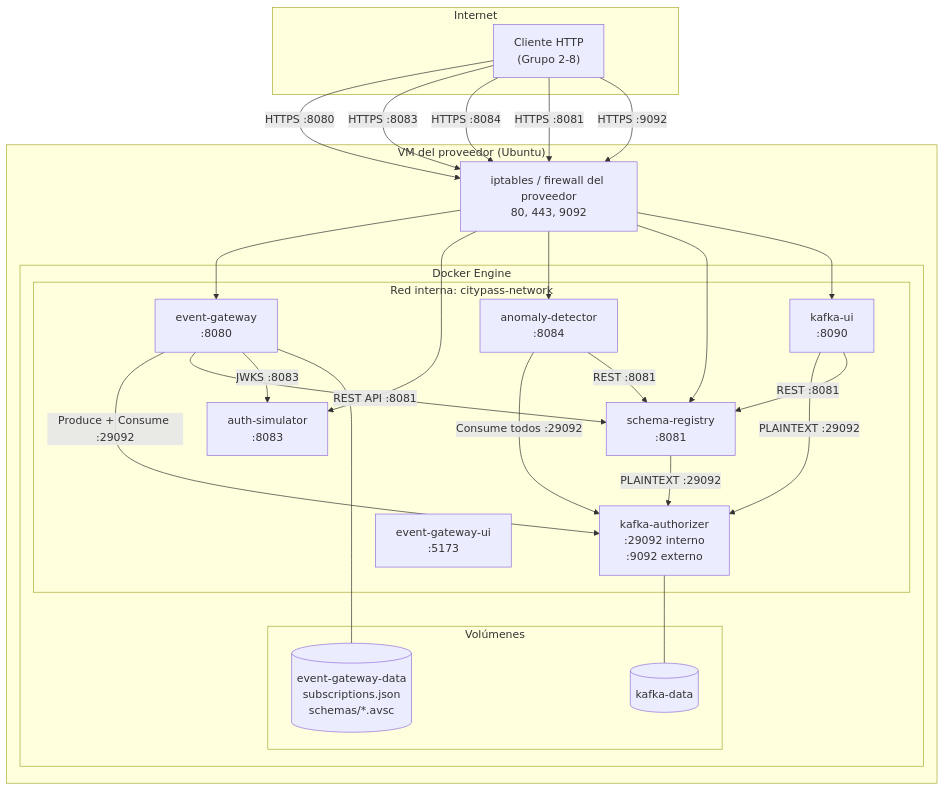
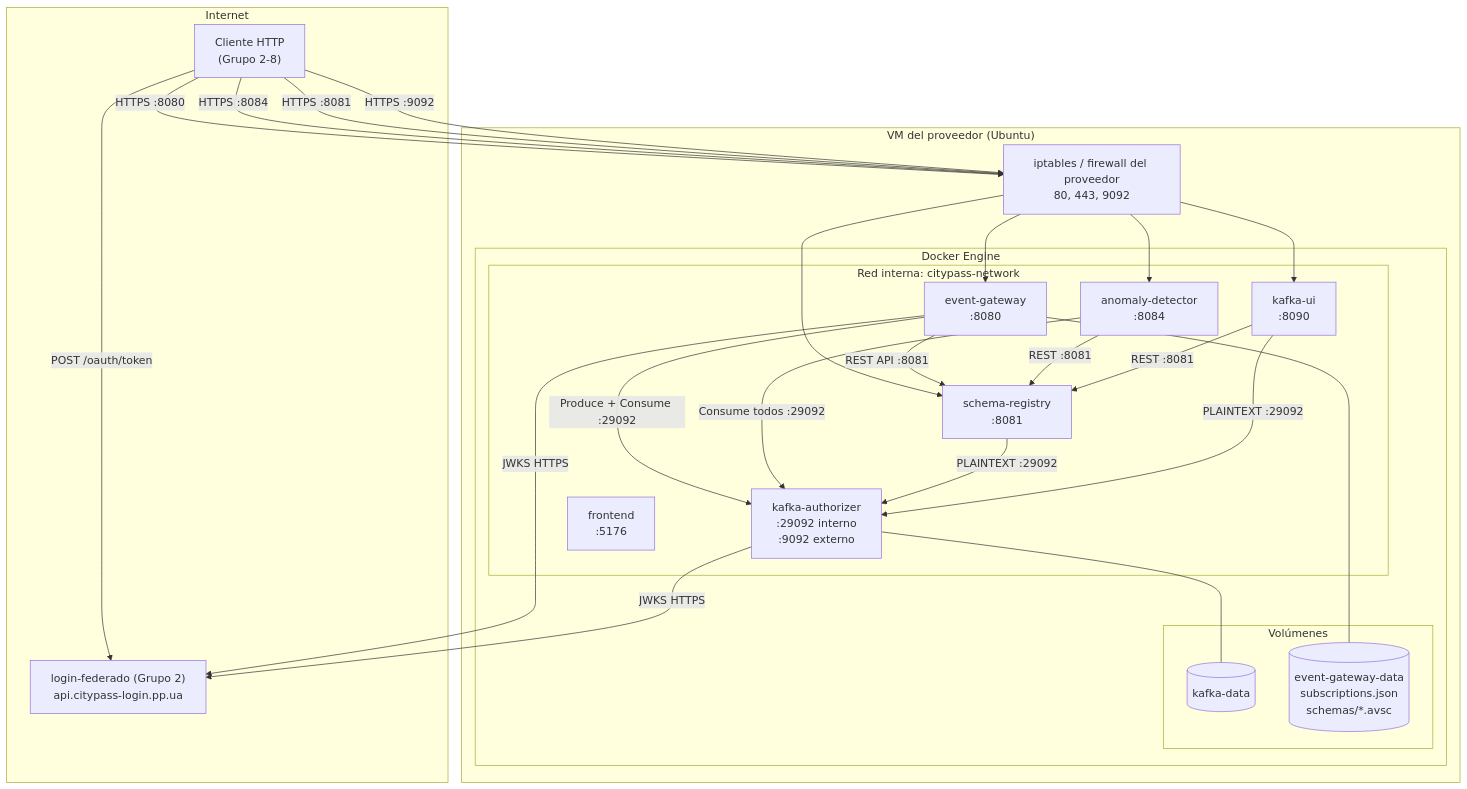
Before and after one commit to carlos-illobre/citypass-event-gateway: the diagram in docs/diagrams/despliegue.md, drawn with Mermaid. The commit also changed other lines of this file and 117 other files, not shown here.

First line of the commit message:
feat(identidad): validar tokens de login-federado (Grupo 2) y retirar auth-simulator

````diff
--- a/docs/diagrams/despliegue.md
+++ b/docs/diagrams/despliegue.md
@@ -5,55 +5,55 @@
 ```mermaid
 graph TB
     subgraph internet["Internet"]
         cliente["Cliente HTTP<br/>(Grupo 2-8)"]
+        login_federado["login-federado (Grupo 2)<br/>api.citypass-login.pp.ua"]
     end
 
     subgraph vm["VM del proveedor (Ubuntu)"]
         subgraph docker["Docker Engine"]
             subgraph red["Red interna: citypass-network"]
                 kafka["kafka-authorizer<br/>:29092 interno<br/>:9092 externo"]
                 schema_registry["schema-registry<br/>:8081"]
-                auth_simulator["auth-simulator<br/>:8083"]
                 event_gateway["event-gateway<br/>:8080"]
-                event_gateway_ui["event-gateway-ui<br/>:5173"]
+                frontend["frontend<br/>:5176"]
                 anomaly_detector["anomaly-detector<br/>:8084"]
                 kafka_ui["kafka-ui<br/>:8090"]
             end
 
             subgraph volumes["Volúmenes"]
                 kafka_data[("kafka-data")]
                 proxy_data[("event-gateway-data<br/>subscriptions.json<br/>schemas/*.avsc")]
             end
         end
 
         firewall["iptables / firewall del proveedor<br/>80, 443, 9092"]
     end
 
     cliente -->|"HTTPS :8080"| firewall
-    cliente -->|"HTTPS :8083"| firewall
     cliente -->|"HTTPS :8084"| firewall
     cliente -->|"HTTPS :8081"| firewall
     cliente -->|"HTTPS :9092"| firewall
 
     firewall --> event_gateway
-    firewall --> auth_simulator
     firewall --> anomaly_detector
     firewall --> schema_registry
     firewall --> kafka_ui
 
     event_gateway -->|"Produce + Consume :29092"| kafka
     event_gateway -->|"REST API :8081"| schema_registry
-    event_gateway -->|"JWKS :8083"| auth_simulator
+    event_gateway -->|"JWKS HTTPS"| login_federado
+    kafka -->|"JWKS HTTPS"| login_federado
+    cliente -->|"POST /oauth/token"| login_federado
     event_gateway --- proxy_data
 
     anomaly_detector -->|"Consume todos :29092"| kafka
     anomaly_detector -->|"REST :8081"| schema_registry
 
     schema_registry -->|"PLAINTEXT :29092"| kafka
 
     kafka_ui -->|"PLAINTEXT :29092"| kafka
     kafka_ui -->|"REST :8081"| schema_registry
 
 
     kafka --- kafka_data
 ```
````
